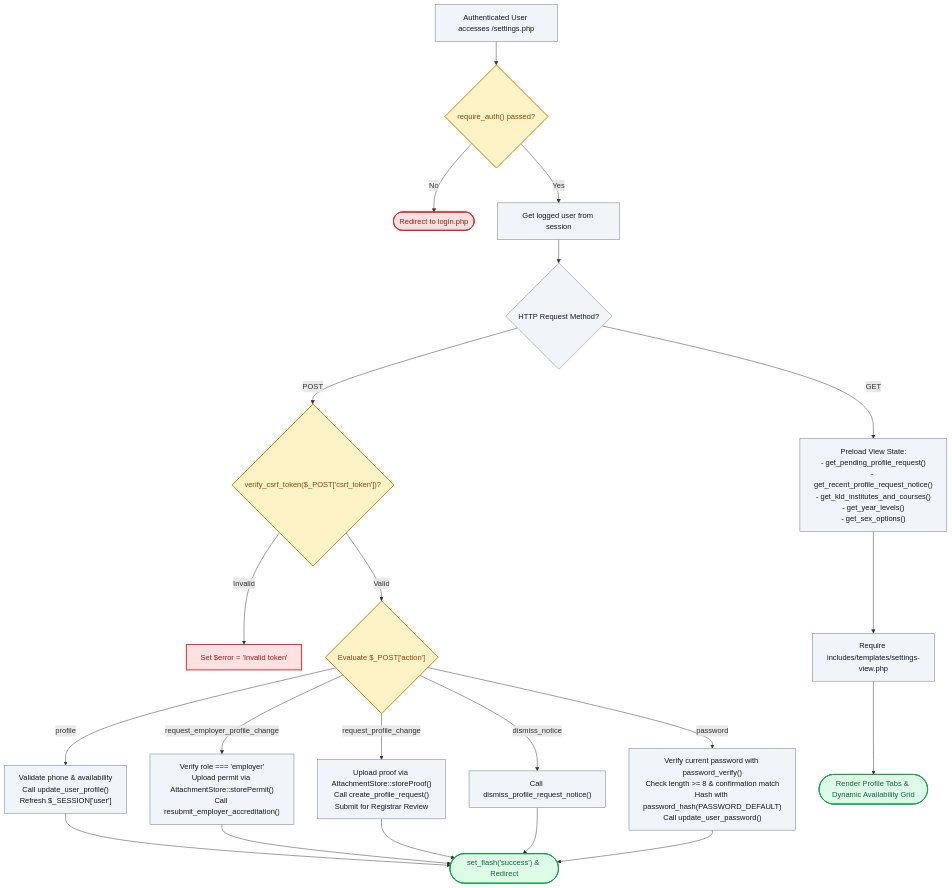
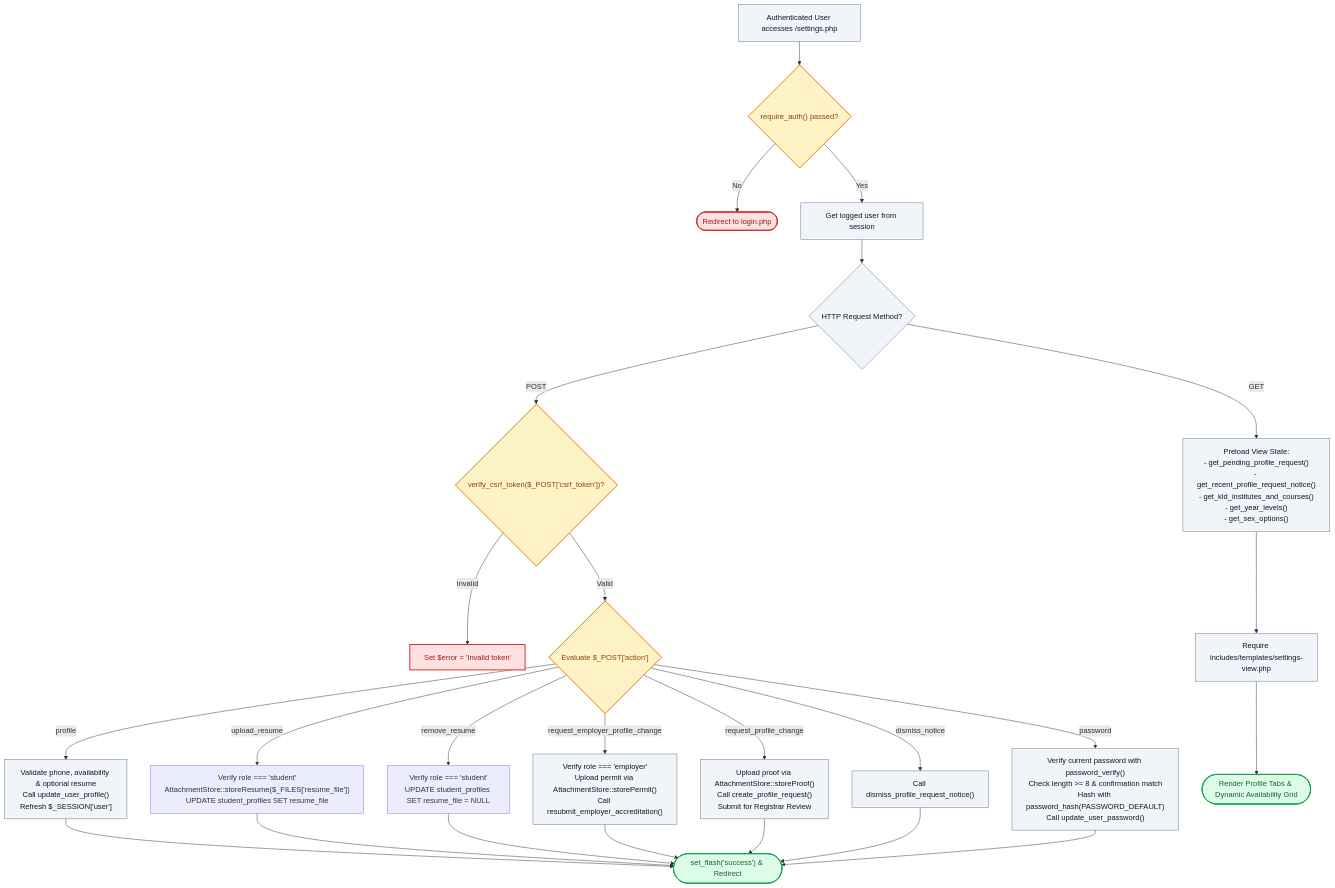
The diagram in docs/codebase/root/settings.php.md (AlwinsonTGM/Campus-Job-Posting-System), drawn with Mermaid before and after one commit. The commit also changed other lines of this file and 61 other files, not shown here.

Commit message:
feat(student,settings,devblog): add persistent profile resumes, concurrent placement governance, settings UI/UX rebalance, and Day 26-27 chronicles

````diff
--- a/docs/codebase/root/settings.php.md
+++ b/docs/codebase/root/settings.php.md
@@ -35,37 +35,39 @@
 ```mermaid
 flowchart TD
     Req["Authenticated User accesses /settings.php"] --> AuthGate{"require_auth() passed?"}
     
     AuthGate -- "No" --> RedirectLogin(["Redirect to login.php"])
     AuthGate -- "Yes" --> ExtractUser["Get logged user from session"]
     
     ExtractUser --> CheckMethod{"HTTP Request Method?"}
     
     CheckMethod -- "POST" --> CheckCSRF{"verify_csrf_token($_POST['csrf_token'])?"}
     CheckCSRF -- "Invalid" --> CSRFError["Set $error = 'Invalid token'"]
     
     CheckCSRF -- "Valid" --> DispatchAction{"Evaluate $_POST['action']"}
     
-    DispatchAction -- "profile" --> HandleProfile["Validate phone & availability<br/>Call update_user_profile()<br/>Refresh $_SESSION['user']"]
+    DispatchAction -- "profile" --> HandleProfile["Validate phone, availability & optional resume<br/>Call update_user_profile()<br/>Refresh $_SESSION['user']"]
+    DispatchAction -- "upload_resume" --> HandleUploadResume["Verify role === 'student'<br/>AttachmentStore::storeResume($_FILES['resume_file'])<br/>UPDATE student_profiles SET resume_file"]
+    DispatchAction -- "remove_resume" --> HandleRemoveResume["Verify role === 'student'<br/>UPDATE student_profiles SET resume_file = NULL"]
     DispatchAction -- "request_employer_profile_change" --> HandleEmployer["Verify role === 'employer'<br/>Upload permit via AttachmentStore::storePermit()<br/>Call resubmit_employer_accreditation()"]
     DispatchAction -- "request_profile_change" --> HandleStudentReq["Upload proof via AttachmentStore::storeProof()<br/>Call create_profile_request()<br/>Submit for Registrar Review"]
     DispatchAction -- "dismiss_notice" --> HandleDismiss["Call dismiss_profile_request_notice()"]
     DispatchAction -- "password" --> HandlePassword["Verify current password with password_verify()<br/>Check length >= 8 & confirmation match<br/>Hash with password_hash(PASSWORD_DEFAULT)<br/>Call update_user_password()"]
     
-    HandleProfile & HandleEmployer & HandleStudentReq & HandleDismiss & HandlePassword --> RedirectSuccess(["set_flash('success') & Redirect"])
+    HandleProfile & HandleUploadResume & HandleRemoveResume & HandleEmployer & HandleStudentReq & HandleDismiss & HandlePassword --> RedirectSuccess(["set_flash('success') & Redirect"])
     
     CheckMethod -- "GET" --> PreloadData["Preload View State:<br/>- get_pending_profile_request()<br/>- get_recent_profile_request_notice()<br/>- get_kld_institutes_and_courses()<br/>- get_year_levels()<br/>- get_sex_options()"]
     
     PreloadData --> DelegateView["Require includes/templates/settings-view.php"]
     DelegateView --> StreamOutput(["Render Profile Tabs & Dynamic Availability Grid"])
     
     classDef gate fill:#fef3c7,stroke:#d97706,stroke-width:2px,color:#92400e;
     classDef success fill:#dcfce7,stroke:#16a34a,stroke-width:2px,color:#166534;
     classDef danger fill:#fee2e2,stroke:#dc2626,stroke-width:2px,color:#991b1b;
     classDef step fill:#f1f5f9,stroke:#64748b,stroke-width:1px,color:#0f172a;
     
     class AuthGate,CheckCSRF,DispatchAction gate;
     class StreamOutput,RedirectSuccess success;
     class RedirectLogin,CSRFError danger;
     class Req,ExtractUser,CheckMethod,HandleProfile,HandleEmployer,HandleStudentReq,HandleDismiss,HandlePassword,PreloadData,DelegateView step;
 ```
````
